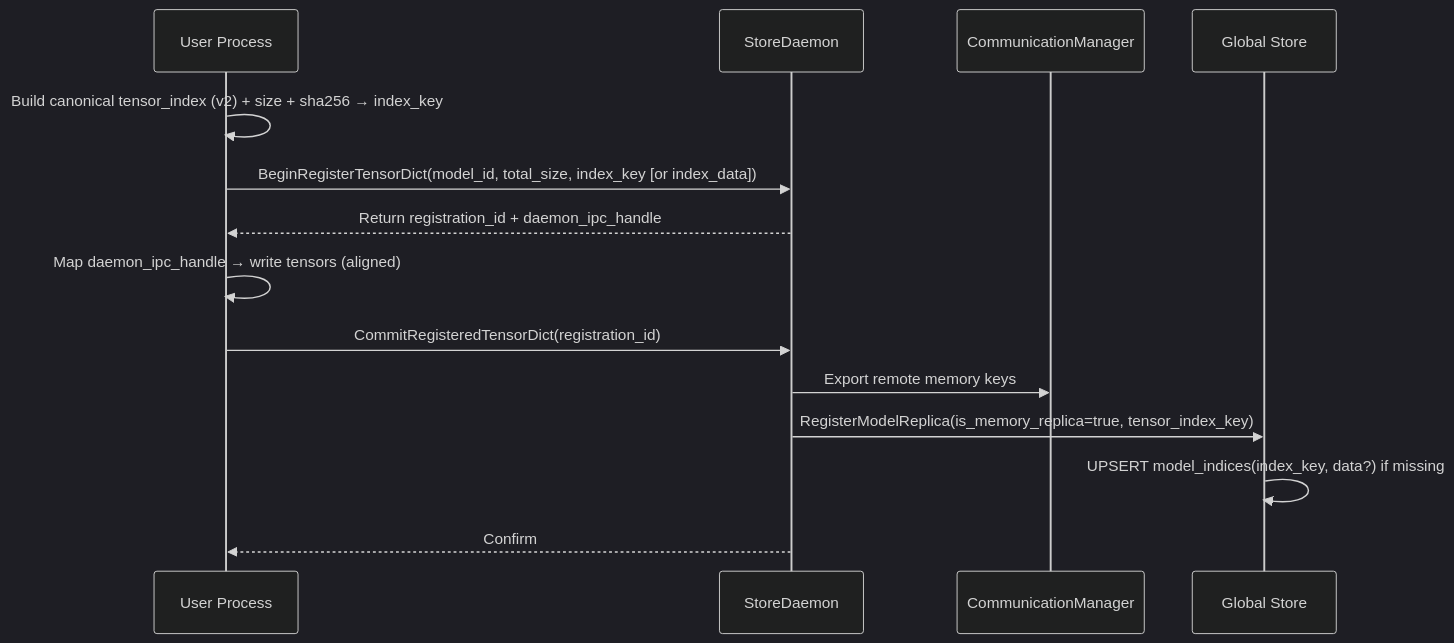
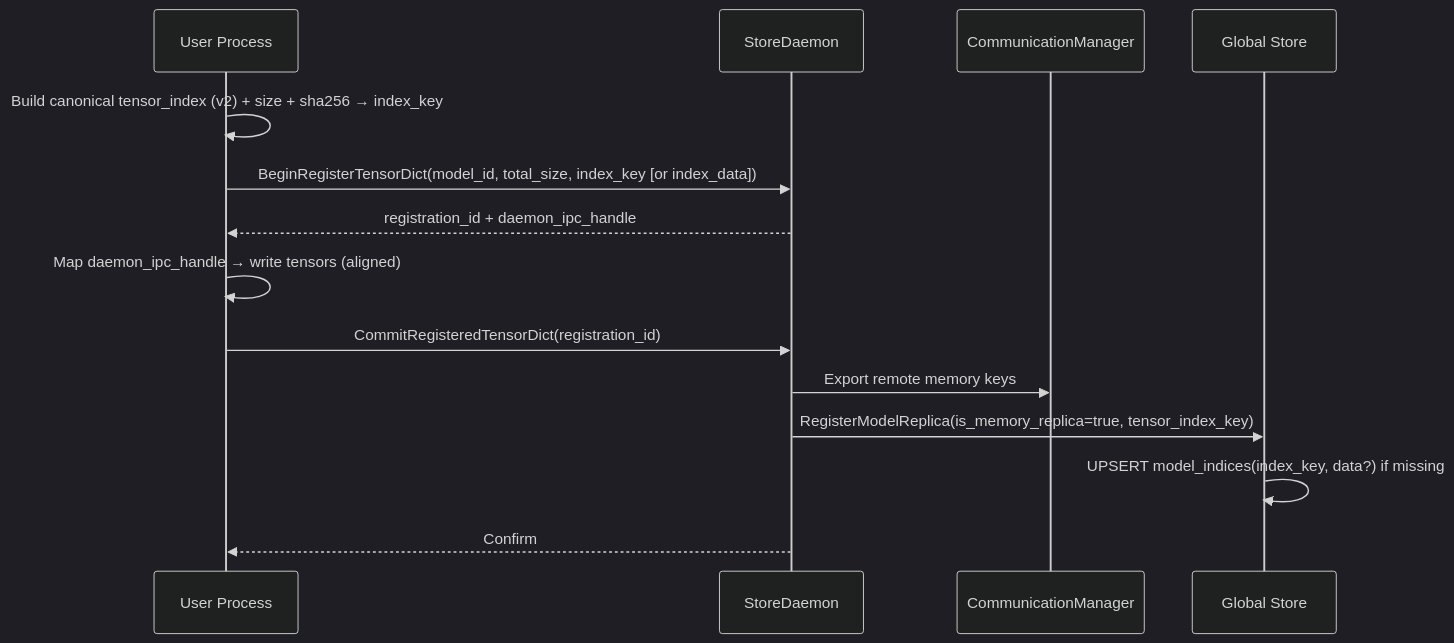
One commit to tensorcast-ai/tensorcast changed the first of 2 diagrams in rfcs/0006-memory-tensor-dict-registration-design.md. Above: the diagram before and after it, drawn with Mermaid (dark theme). The commit also changed other lines of this file, not shown here.

````diff
--- a/rfcs/0006-memory-tensor-dict-registration-design.md
+++ b/rfcs/0006-memory-tensor-dict-registration-design.md
@@ -544,17 +204,17 @@
 ```mermaid
 sequenceDiagram
   participant U as User Process
   participant SD as StoreDaemon
   participant CM as CommunicationManager
   participant GS as Global Store
 
   U->>U: Build canonical tensor_index (v2) + size + sha256 → index_key
   U->>SD: BeginRegisterTensorDict(model_id, total_size, index_key [or index_data])
-  SD-->>U: Return registration_id + daemon_ipc_handle
+  SD-->>U: registration_id + daemon_ipc_handle
   U->>U: Map daemon_ipc_handle → write tensors (aligned)
   U->>SD: CommitRegisteredTensorDict(registration_id)
   SD->>CM: Export remote memory keys
   SD->>GS: RegisterModelReplica(is_memory_replica=true, tensor_index_key)
   GS->>GS: UPSERT model_indices(index_key, data?) if missing
   SD-->>U: Confirm
 ```
````
